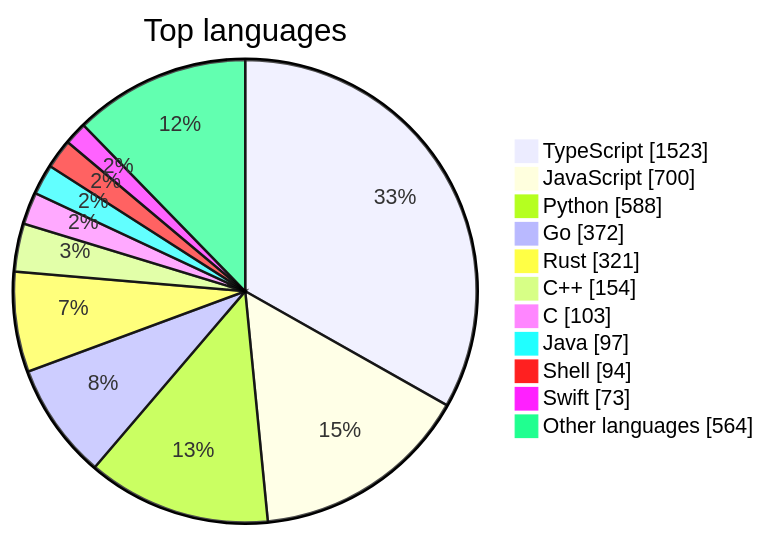
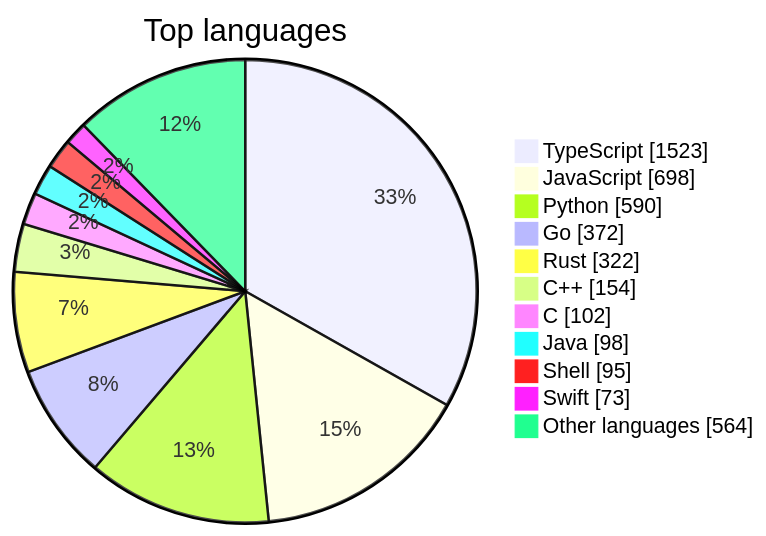
The first of 2 diagrams in README.md (maxgfr/awesome-stars), drawn with Mermaid before and after one commit. The commit also changed other lines of this file and 27 other files, not shown here.

````diff
--- a/README.md
+++ b/README.md
@@ -39,14 +39,14 @@
 ```mermaid
 pie showData title Top languages
     "TypeScript" : 1523
-    "JavaScript" : 700
-    "Python" : 588
+    "JavaScript" : 698
+    "Python" : 590
     "Go" : 372
-    "Rust" : 321
+    "Rust" : 322
     "C++" : 154
-    "C" : 103
-    "Java" : 97
-    "Shell" : 94
+    "C" : 102
+    "Java" : 98
+    "Shell" : 95
     "Swift" : 73
     "Other languages" : 564
 ```
````
